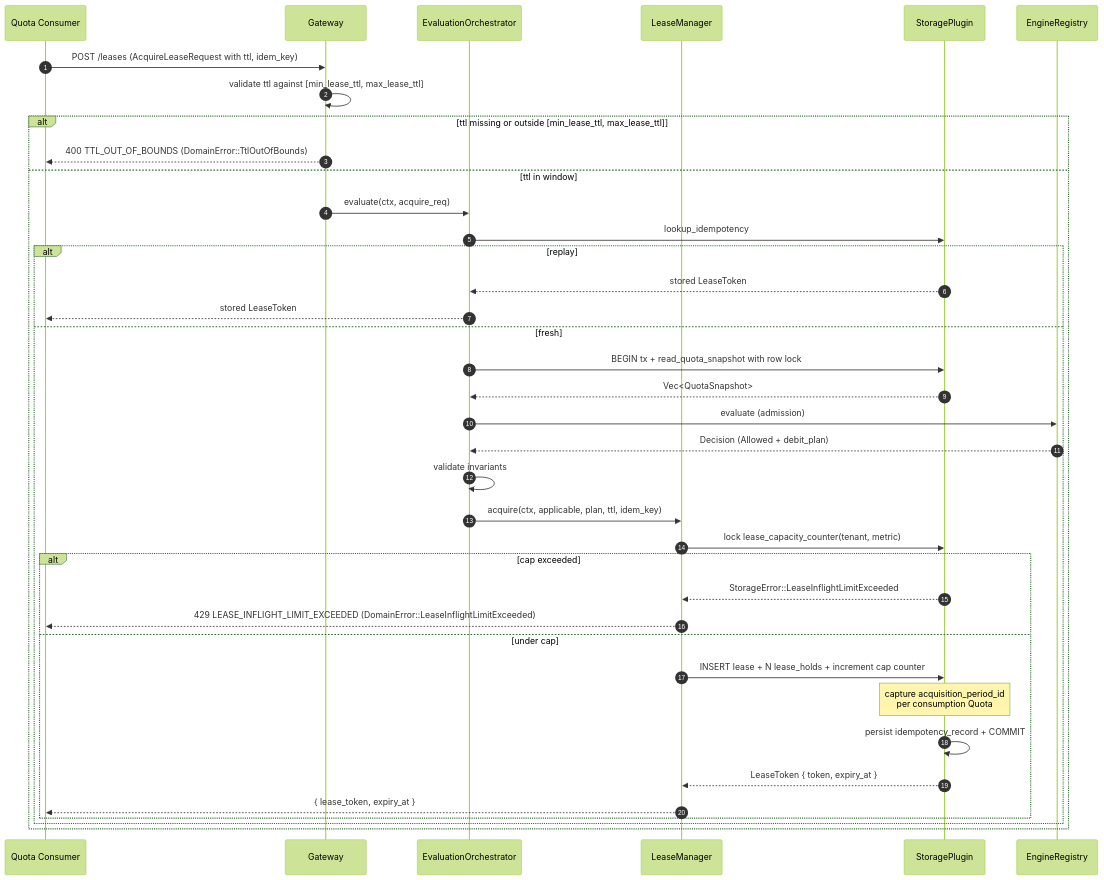
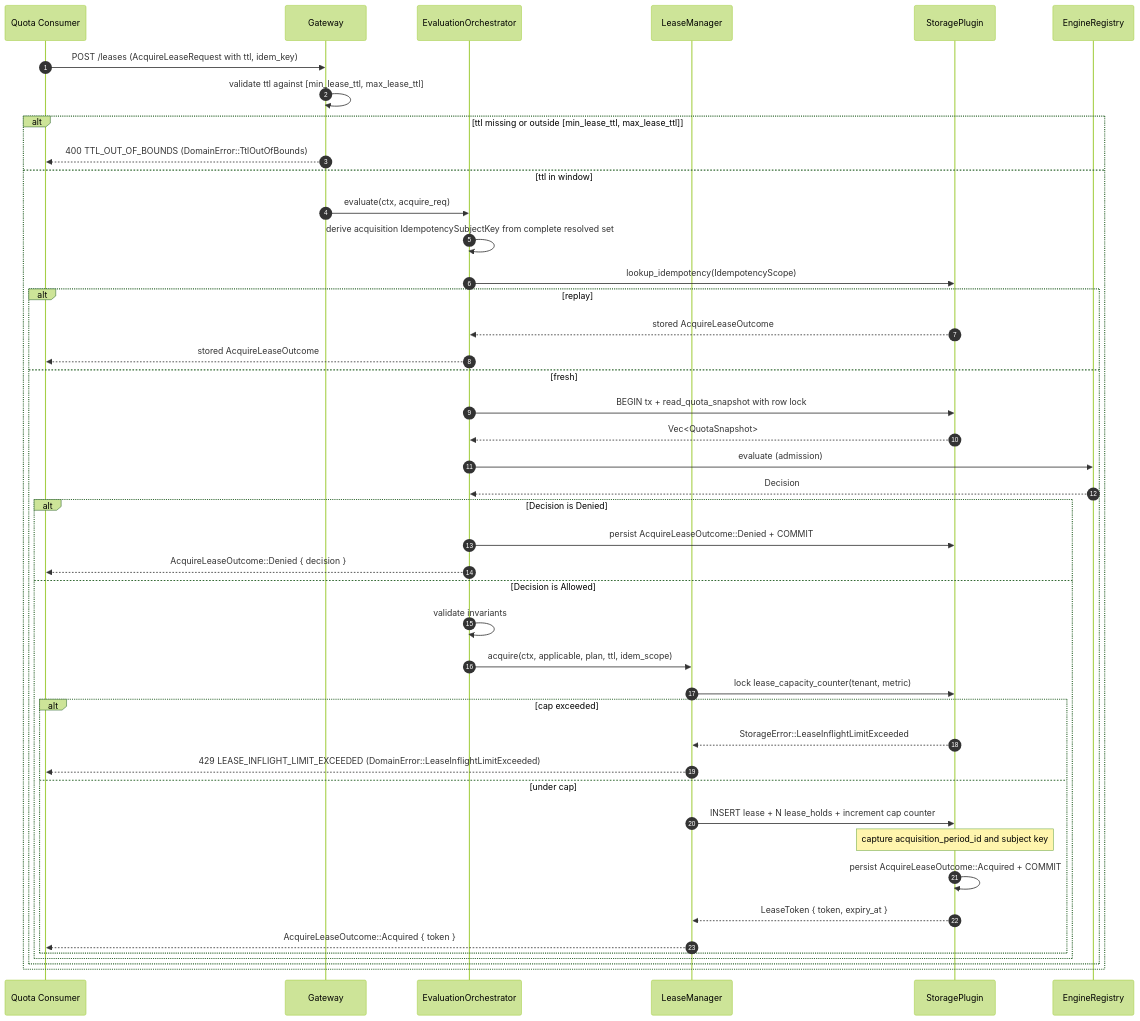
Before and after one commit to constructorfabric/gears-rust: the seventh of 17 diagrams in gears/system/quota-enforcement/docs/DESIGN.md, drawn with Mermaid (forest theme). The commit also changed other lines of this file and 29 other files, not shown here.

First line of the commit message:
docs(quota-enforcement): feature docs, S2S attribution model, and contract schemas

````diff
--- a/gears/system/quota-enforcement/docs/DESIGN.md
+++ b/gears/system/quota-enforcement/docs/DESIGN.md
@@ -1582,41 +1617,47 @@
 ```mermaid
 sequenceDiagram
     autonumber
     participant Caller as Quota Consumer
     participant GW as Gateway
     participant EO as EvaluationOrchestrator
     participant LM as LeaseManager
     participant SP as StoragePlugin
     participant ER as EngineRegistry
 
     Caller ->> GW: POST /leases (AcquireLeaseRequest with ttl, idem_key)
     GW ->> GW: validate ttl against [min_lease_ttl, max_lease_ttl]
     alt ttl missing or outside [min_lease_ttl, max_lease_ttl]
         GW -->> Caller: 400 TTL_OUT_OF_BOUNDS (DomainError::TtlOutOfBounds)
     else ttl in window
         GW ->> EO: evaluate(ctx, acquire_req)
-        EO ->> SP: lookup_idempotency
+        EO ->> EO: derive acquisition IdempotencySubjectKey from complete resolved set
+        EO ->> SP: lookup_idempotency(IdempotencyScope)
         alt replay
-            SP -->> EO: stored LeaseToken
-            EO -->> Caller: stored LeaseToken
+            SP -->> EO: stored AcquireLeaseOutcome
+            EO -->> Caller: stored AcquireLeaseOutcome
         else fresh
             EO ->> SP: BEGIN tx + read_quota_snapshot with row lock
             SP -->> EO: Vec<QuotaSnapshot>
             EO ->> ER: evaluate (admission)
-            ER -->> EO: Decision (Allowed + debit_plan)
-            EO ->> EO: validate invariants
-            EO ->> LM: acquire(ctx, applicable, plan, ttl, idem_key)
-            LM ->> SP: lock lease_capacity_counter(tenant, metric)
-            alt cap exceeded
-                SP -->> LM: StorageError::LeaseInflightLimitExceeded
-                LM -->> Caller: 429 LEASE_INFLIGHT_LIMIT_EXCEEDED (DomainError::LeaseInflightLimitExceeded)
-            else under cap
-                LM ->> SP: INSERT lease + N lease_holds + increment cap counter
-                Note over SP: capture acquisition_period_id<br/>per consumption Quota
-                SP ->> SP: persist idempotency_record + COMMIT
-                SP -->> LM: LeaseToken { token, expiry_at }
-                LM -->> Caller: { lease_token, expiry_at }
+            ER -->> EO: Decision
+            alt Decision is Denied
+                EO ->> SP: persist AcquireLeaseOutcome::Denied + COMMIT
+                EO -->> Caller: AcquireLeaseOutcome::Denied { decision }
+            else Decision is Allowed
+                EO ->> EO: validate invariants
+                EO ->> LM: acquire(ctx, applicable, plan, ttl, idem_scope)
+                LM ->> SP: lock lease_capacity_counter(tenant, metric)
+                alt cap exceeded
+                    SP -->> LM: StorageError::LeaseInflightLimitExceeded
+                    LM -->> Caller: 429 LEASE_INFLIGHT_LIMIT_EXCEEDED (DomainError::LeaseInflightLimitExceeded)
+                else under cap
+                    LM ->> SP: INSERT lease + N lease_holds + increment cap counter
+                    Note over SP: capture acquisition_period_id and subject key
+                    SP ->> SP: persist AcquireLeaseOutcome::Acquired + COMMIT
+                    SP -->> LM: LeaseToken { token, expiry_at }
+                    LM -->> Caller: AcquireLeaseOutcome::Acquired { token }
+                end
             end
         end
     end
 ```
````
